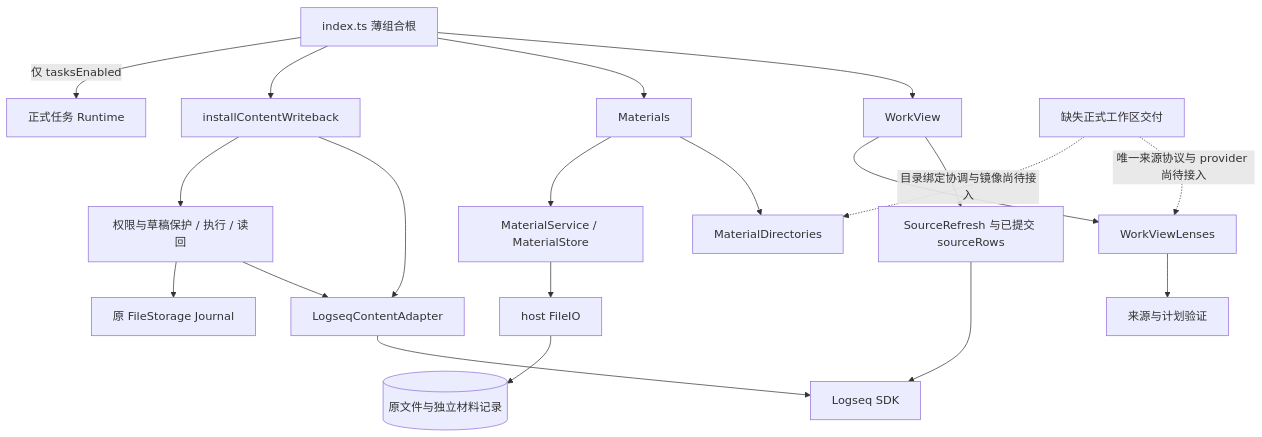
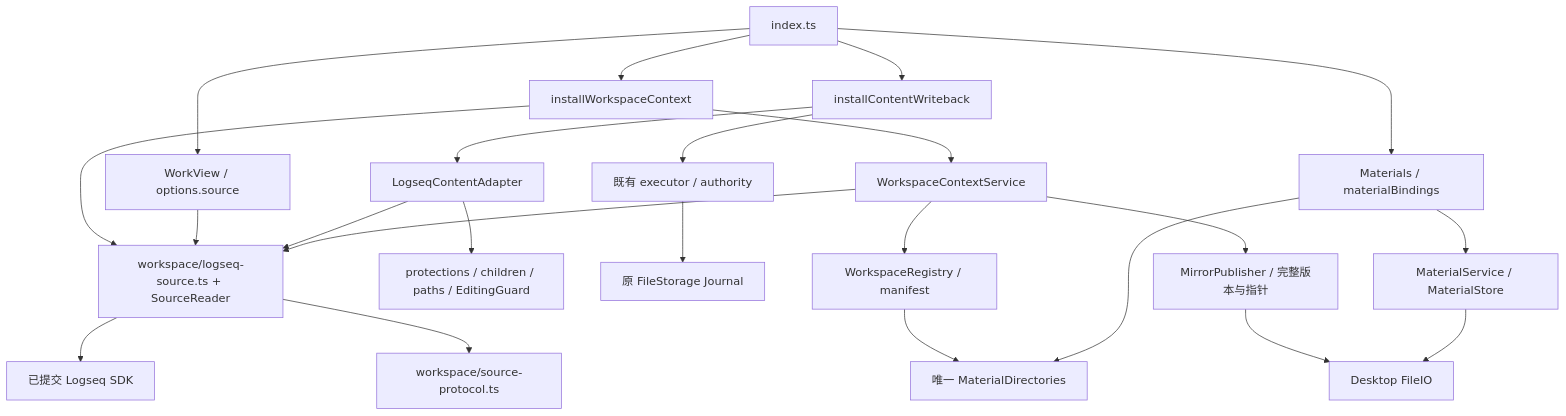
The first of 2 diagrams in docs/architecture/workspace-integration-architecture.md (wrd233/logseq-task-manager), drawn with Mermaid before and after one commit. The commit also changed other lines of this file and 2 other files, not shown here.

Commit message:
docs(workspace): document integrated source and verified relocation loop

````diff
--- a/docs/architecture/workspace-integration-architecture.md
+++ b/docs/architecture/workspace-integration-architecture.md
@@ -7,22 +7,25 @@
 ```mermaid
 flowchart TB
-  Entry[index.ts 薄组合根] --> View[WorkView]
-  Entry --> Materials[Materials]
-  Entry --> Install[installContentWriteback]
-  Entry -->|仅 tasksEnabled| Runtime[正式任务 Runtime]
-  View --> Refresh[SourceRefresh 与已提交 sourceRows]
-  View --> Lens[WorkViewLenses]
-  Lens --> Validate[来源与计划验证]
-  Refresh --> SDK[Logseq SDK]
-  Install --> Adapter[LogseqContentAdapter]
-  Adapter --> SDK
-  Install --> Executor[权限与草稿保护 / 执行 / 读回]
-  Executor --> Adapter
+  Entry[index.ts] --> Install[installWorkspaceContext]
+  Entry --> Work[WorkView / options.source]
+  Entry --> Content[installContentWriteback]
+  Entry --> Materials[Materials / materialBindings]
+  Install --> Reader[workspace/logseq-source.ts + SourceReader]
+  Reader --> SDK[已提交 Logseq SDK]
+  Reader --> Protocol[workspace/source-protocol.ts]
+  Work --> Reader
+  Content --> Adapter[LogseqContentAdapter]
+  Adapter --> Reader
+  Adapter --> Facts[protections / children / paths / EditingGuard]
+  Content --> Executor[既有 executor / authority]
   Executor --> Journal[原 FileStorage Journal]
-  Materials --> Binding[MaterialDirectories]
+  Install --> Context[WorkspaceContextService]
+  Context --> Reader
+  Context --> Registry[WorkspaceRegistry / manifest]
+  Context --> Mirror[MirrorPublisher / 完整版本与指针]
+  Registry --> Binding[唯一 MaterialDirectories]
+  Materials --> Binding
   Materials --> Service[MaterialService / MaterialStore]
-  Service --> IO[host FileIO]
-  IO --> Files[(原文件与独立材料记录)]
-  Missing[缺失正式工作区交付] -. 唯一来源协议与 provider 尚待接入 .-> Lens
-  Missing -. 目录绑定协调与镜像尚待接入 .-> Binding
+  Mirror --> IO[Desktop FileIO]
+  Service --> IO
 ```
````
